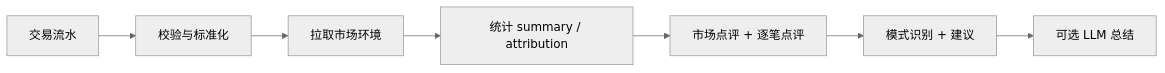
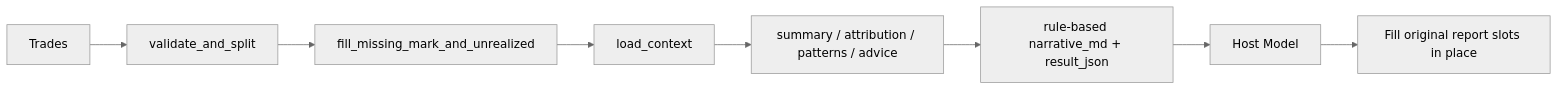
The diagram in skill-trade-review/README.md (quantskills/skill-trade-review), drawn with Mermaid (neutral theme) before and after one commit. The commit also changed other lines of this file and 1 other file, not shown here.

````diff
--- a/skill-trade-review/README.md
+++ b/skill-trade-review/README.md
@@ -27,9 +57,10 @@
 ```mermaid
 flowchart LR
-    A["交易流水"] --> B["校验与标准化"]
-    B --> C["拉取市场环境"]
-    C --> D["统计 summary / attribution"]
-    D --> E["市场点评 + 逐笔点评"]
-    E --> F["模式识别 + 建议"]
-    F --> G["可选 LLM 总结"]
+    A["Trades"] --> B["validate_and_split"]
+    B --> C["fill_missing_mark_and_unrealized"]
+    C --> D["load_context"]
+    D --> E["summary / attribution / patterns / advice"]
+    E --> F["rule-based narrative_md + result_json"]
+    F --> G["Host Model"]
+    G --> H["Fill original report slots in place"]
 ```
````
